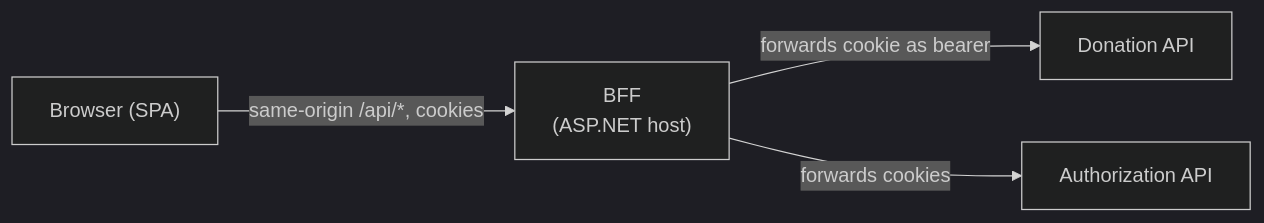
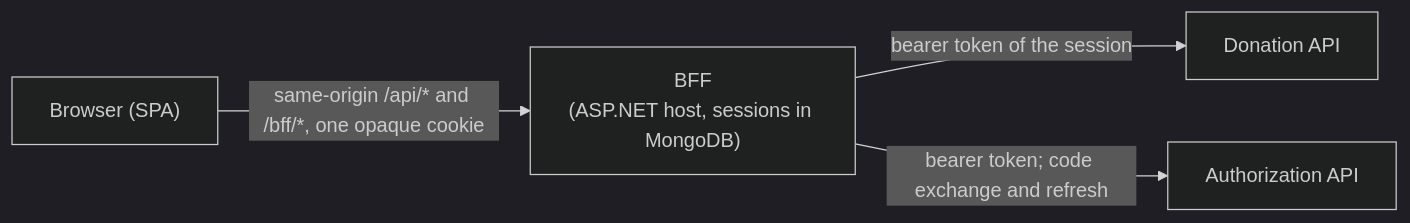
Before and after one commit to wouterfennis/TimeForCode: the diagram in docs/frontend/architecture.md, drawn with Mermaid (dark theme). The commit also changed other lines of this file and 153 other files, not shown here.

Commit message:
feat(frontend): move the browser session from the Authorization API to the BFF (#194) (#200)

````diff
--- a/docs/frontend/architecture.md
+++ b/docs/frontend/architecture.md
@@ -86,11 +85,11 @@
 ```mermaid
 graph LR
     Browser["Browser (SPA)"]
-    BFF["BFF\n(ASP.NET host)"]
+    BFF["BFF\n(ASP.NET host, sessions in MongoDB)"]
     AuthAPI["Authorization API"]
     DonationAPI["Donation API"]
 
-    Browser -->|same-origin /api/*, cookies| BFF
-    BFF -->|forwards cookie as bearer| DonationAPI
-    BFF -->|forwards cookies| AuthAPI
+    Browser -->|same-origin /api/* and /bff/*, one opaque cookie| BFF
+    BFF -->|bearer token of the session| DonationAPI
+    BFF -->|bearer token; code exchange and refresh| AuthAPI
 ```
````
